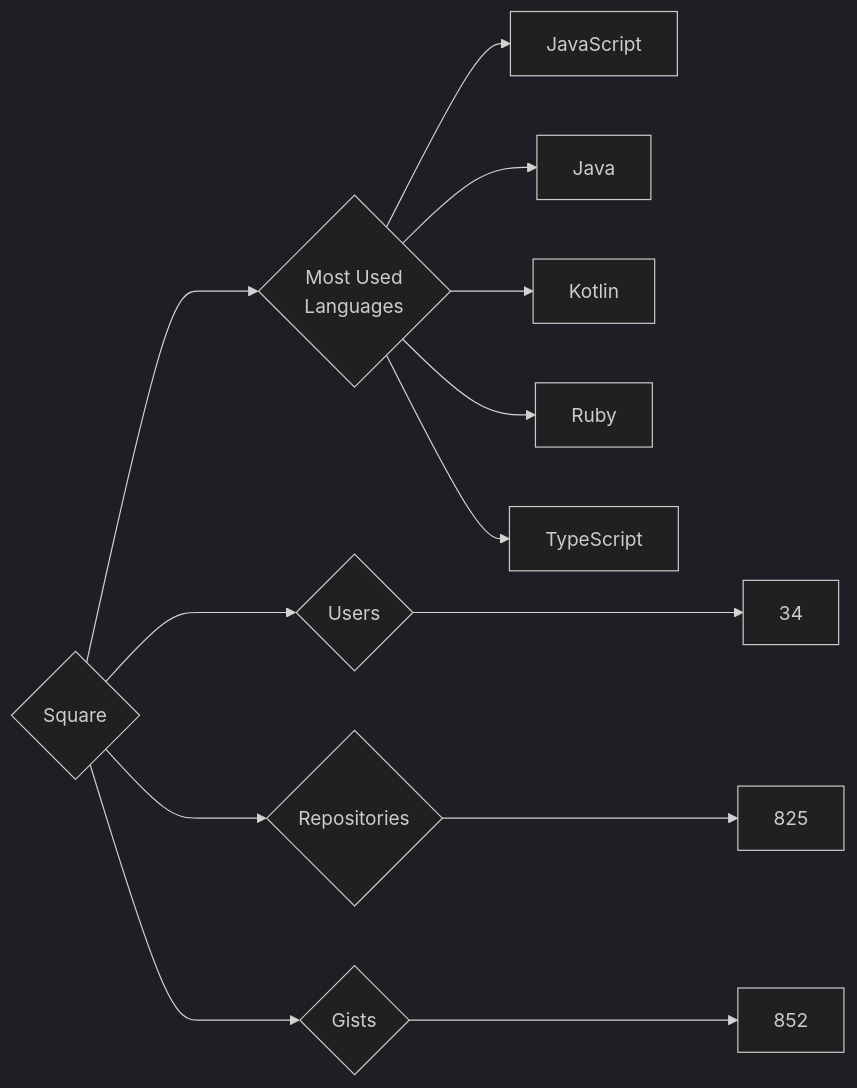
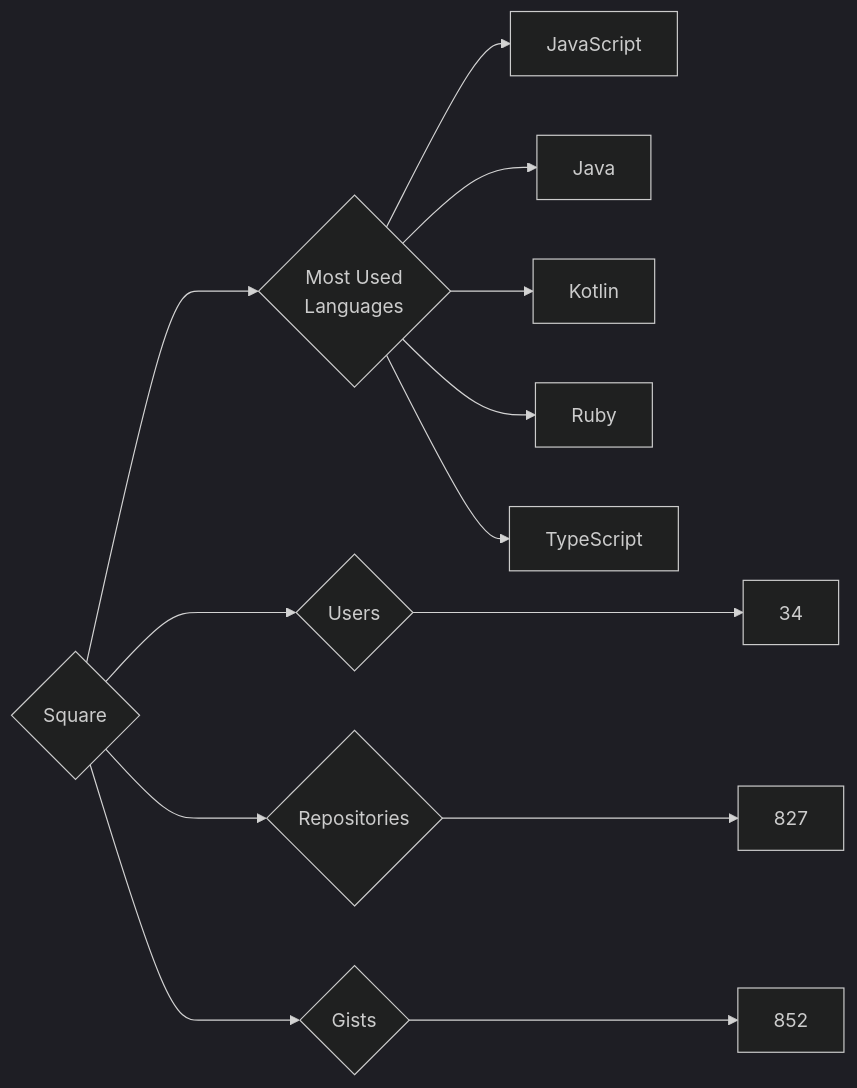
The diagram in targets/Square/README.md (trickest/insiders), drawn with Mermaid (dark theme) before and after one commit. The commit also changed 1389 other files, not shown here.

````diff
--- a/targets/Square/README.md
+++ b/targets/Square/README.md
@@ -3,13 +3,13 @@
 ```mermaid
 graph LR
 COMPANY_NAME{Square}
 COMPANY_NAME ---> U{Users} ---> UN[34]
-COMPANY_NAME ---> R{Repositories} ---> RN[825]
+COMPANY_NAME ---> R{Repositories} ---> RN[827]
 COMPANY_NAME ---> G{Gists} ---> GN[852]
 COMPANY_NAME ---> ML{Most Used<br>Languages}
 ML --> JavaScript[JavaScript]
 ML --> Java[Java]
 ML --> Kotlin[Kotlin]
 ML --> Ruby[Ruby]
 ML --> TypeScript[TypeScript]
 ```
````
